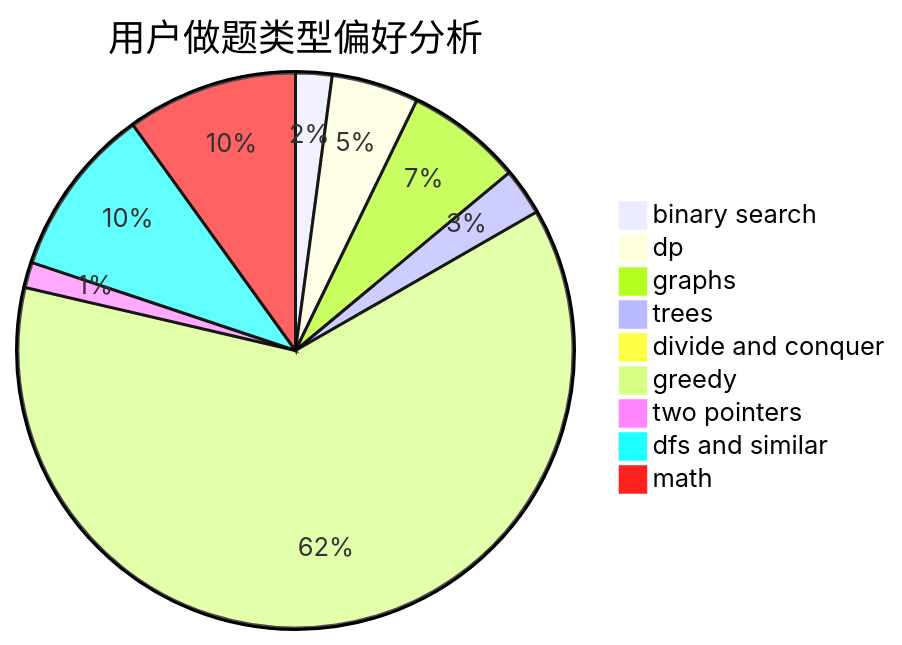
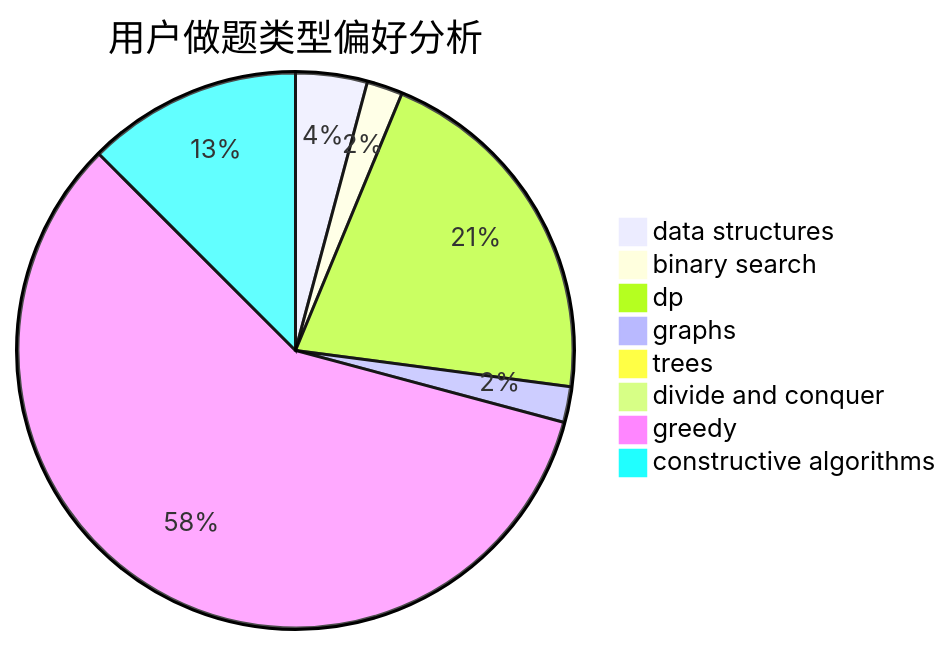
The second of 3 diagrams in docs/user/u1778.md (sherpahu/cfrs.github.io), drawn with Mermaid before and after one commit. The commit also changed other lines of this file and 2775 other files, not shown here.

````diff
--- a/docs/user/u1778.md
+++ b/docs/user/u1778.md
@@ -23,12 +23,11 @@
 ```mermaid
 pie title 用户做题类型偏好分析
-    "binary search" :  10
-    "dp" :  24
-    "graphs" :  32
-    "trees" :  13
+    "data structures" :  2
+    "binary search" :  1
+    "dp" :  10
+    "graphs" :  1
+    "trees" :  0
     "divide and conquer" :  0
-    "greedy" :  293
-    "two pointers" :  7
-    "dfs and similar" :  47
-    "math" :  47
+    "greedy" :  28
+    "constructive algorithms" :  6
 ```
````
